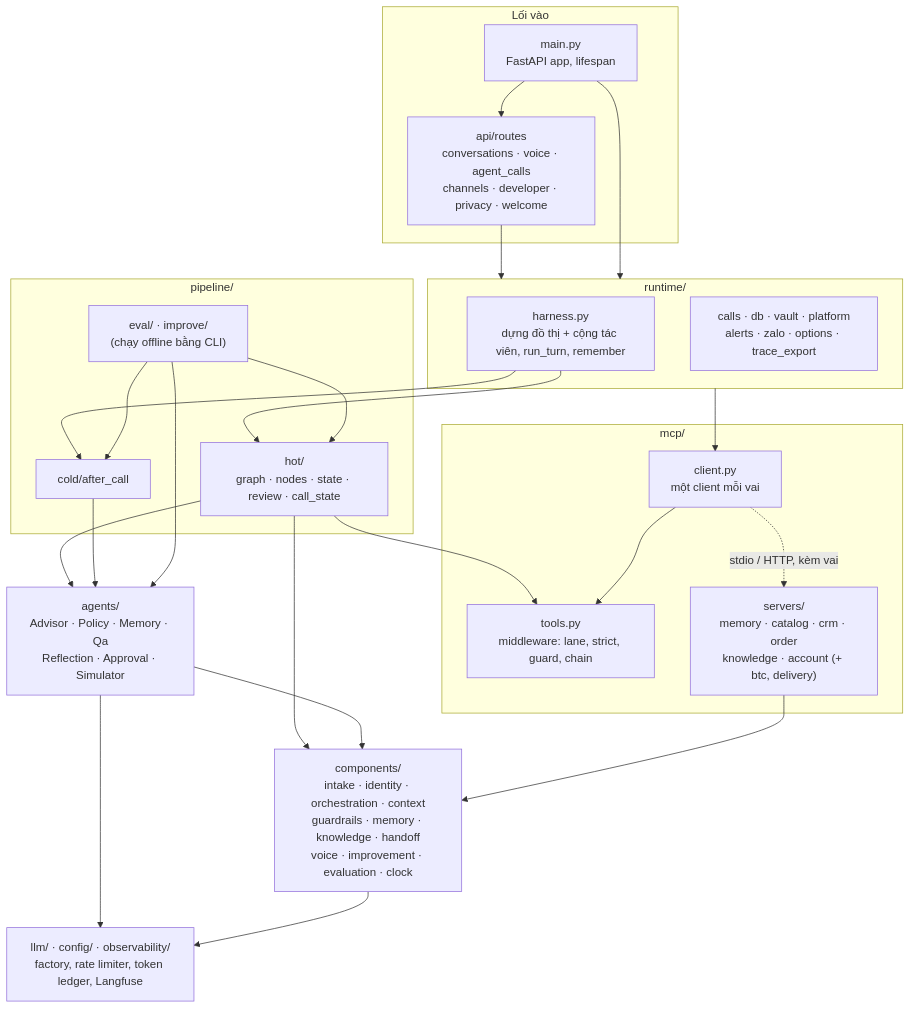
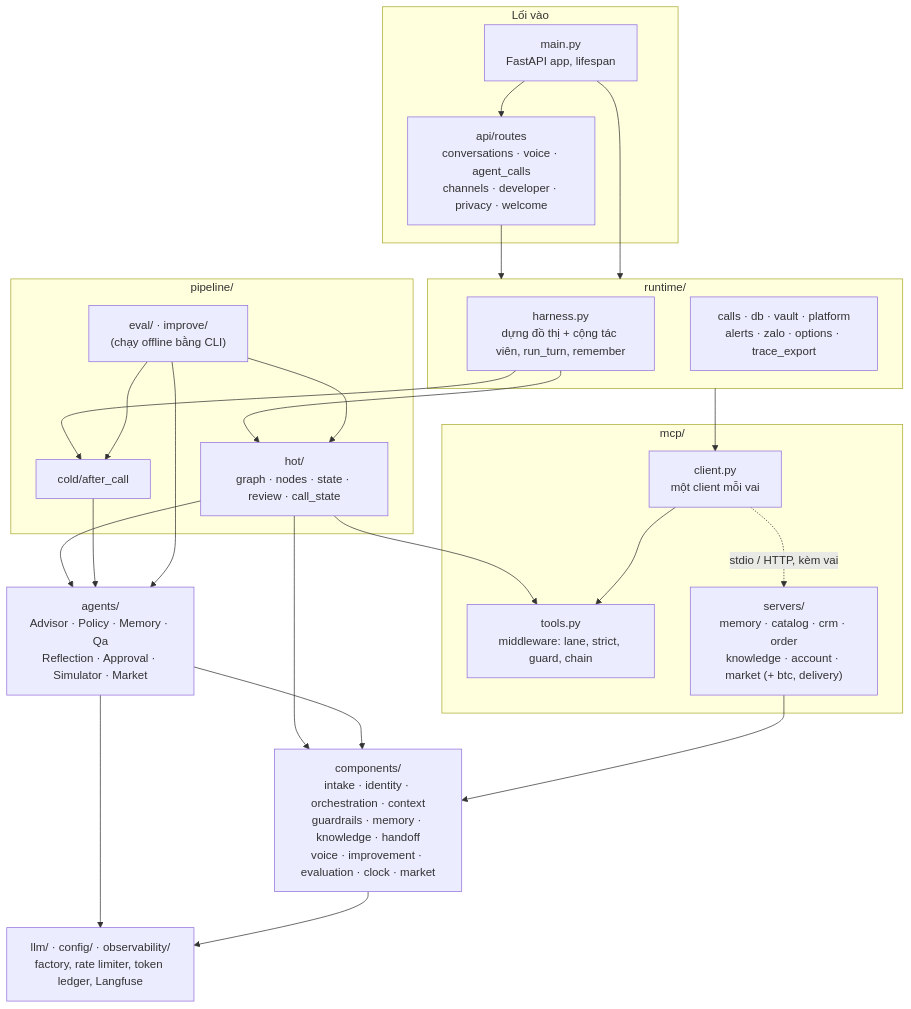
One commit to queenley/capstone_sudocode2026 changed the second of 4 diagrams in docs/ai/00-kien-truc.md. Above: the diagram before and after it, drawn with Mermaid. The commit also changed other lines of this file and 41 other files, not shown here.

````diff
--- a/docs/ai/00-kien-truc.md
+++ b/docs/ai/00-kien-truc.md
@@ -194,46 +194,46 @@
 ```mermaid
 flowchart TD
     subgraph ENTRY["Lối vào"]
         MAIN["main.py<br/>FastAPI app, lifespan"]
         API["api/routes<br/>conversations · voice · agent_calls<br/>channels · developer · privacy · welcome"]
     end
 
     subgraph RT["runtime/"]
         HAR["harness.py<br/>dựng đồ thị + cộng tác viên, run_turn, remember"]
         RTO["calls · db · vault · platform<br/>alerts · zalo · options · trace_export"]
     end
 
     subgraph PIPE["pipeline/"]
         HOT["hot/<br/>graph · nodes · state · review · call_state"]
         COLD["cold/after_call"]
         OFF["eval/ · improve/<br/>(chạy offline bằng CLI)"]
     end
 
-    AG["agents/<br/>Advisor · Policy · Memory · Qa<br/>Reflection · Approval · Simulator"]
+    AG["agents/<br/>Advisor · Policy · Memory · Qa<br/>Reflection · Approval · Simulator · Market"]
 
-    COMP["components/<br/>intake · identity · orchestration · context<br/>guardrails · memory · knowledge · handoff<br/>voice · improvement · evaluation · clock"]
+    COMP["components/<br/>intake · identity · orchestration · context<br/>guardrails · memory · knowledge · handoff<br/>voice · improvement · evaluation · clock · market"]
 
     subgraph MCPL["mcp/"]
         MCLI["client.py<br/>một client mỗi vai"]
         MTOOL["tools.py<br/>middleware: lane, strict, guard, chain"]
-        MSRV["servers/<br/>memory · catalog · crm · order<br/>knowledge · account (+ btc, delivery)"]
+        MSRV["servers/<br/>memory · catalog · crm · order<br/>knowledge · account · market (+ btc, delivery)"]
     end
 
     BASE["llm/ · config/ · observability/<br/>factory, rate limiter, token ledger, Langfuse"]
 
     MAIN --> API --> RT
     MAIN --> RT
     HAR --> HOT & COLD
     HOT --> AG
     COLD --> AG
     OFF --> HOT & COLD & AG
     HOT --> COMP
     AG --> COMP
     HOT --> MTOOL
     RT --> MCLI
     MCLI --> MTOOL
     MCLI -. "stdio / HTTP, kèm vai" .-> MSRV
     MSRV --> COMP
     AG --> BASE
     COMP --> BASE
 ```
````
